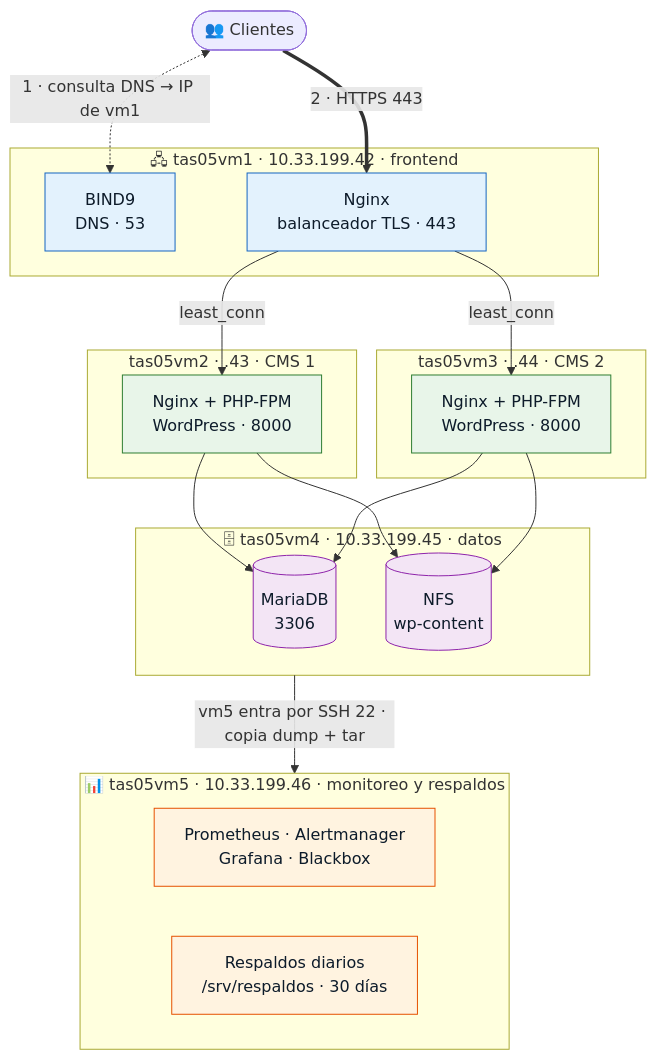
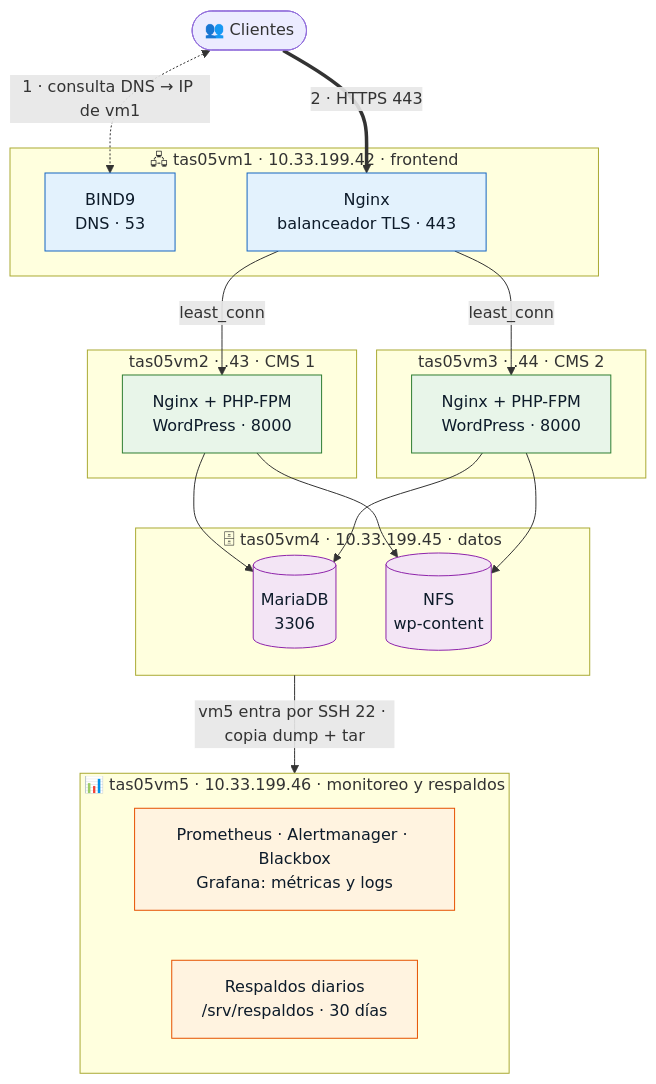
Before and after one commit to crisalvav/TAS: the diagram in README.md, drawn with Mermaid. The commit also changed other lines of this file and 2 other files, not shown here.

Commit message:
docs: indicar que los logs se ven en Grafana en vm5

````diff
--- a/README.md
+++ b/README.md
@@ -42,45 +42,45 @@
 ```mermaid
 %%{init: {"flowchart": {"wrappingWidth": 260}}}%%
 flowchart TB
     C(["👥 Clientes"])
 
     subgraph VM1["🖧 tas05vm1 · 10.33.199.42 · frontend"]
         DNS["BIND9<br/>DNS · 53"]
         LB["Nginx<br/>balanceador TLS · 443"]
     end
 
     subgraph VM2["tas05vm2 · .43 · CMS 1"]
         WP2["Nginx + PHP-FPM<br/>WordPress · 8000"]
     end
 
     subgraph VM3["tas05vm3 · .44 · CMS 2"]
         WP3["Nginx + PHP-FPM<br/>WordPress · 8000"]
     end
 
     subgraph VM4["🗄 tas05vm4 · 10.33.199.45 · datos"]
         DB[("MariaDB<br/>3306")]
         NFS[("NFS<br/>wp-content")]
     end
 
     subgraph VM5["📊 tas05vm5 · 10.33.199.46 · monitoreo y respaldos"]
-        MON["Prometheus · Alertmanager<br/>Grafana · Blackbox"]
+        MON["Prometheus · Alertmanager · Blackbox<br/>Grafana: métricas y logs"]
         BK["Respaldos diarios<br/>/srv/respaldos · 30 días"]
     end
 
     C <-. "1 · consulta DNS → IP de vm1" .-> DNS
     C == "2 · HTTPS 443" ==> LB
     LB -- "least_conn" --> WP2
     LB -- "least_conn" --> WP3
     WP2 --> DB & NFS
     WP3 --> DB & NFS
     VM4 -- "vm5 entra por SSH 22 · copia dump + tar" --> VM5
 
     classDef front fill:#e3f2fd,stroke:#1565c0,color:#0d1b2a
     classDef web fill:#e8f5e9,stroke:#2e7d32,color:#0d1b2a
     classDef data fill:#f3e5f5,stroke:#8e24aa,color:#0d1b2a
     classDef ops fill:#fff3e0,stroke:#e65100,color:#0d1b2a
     class DNS,LB front
     class WP2,WP3 web
     class DB,NFS data
     class MON,BK ops
 ```
````
